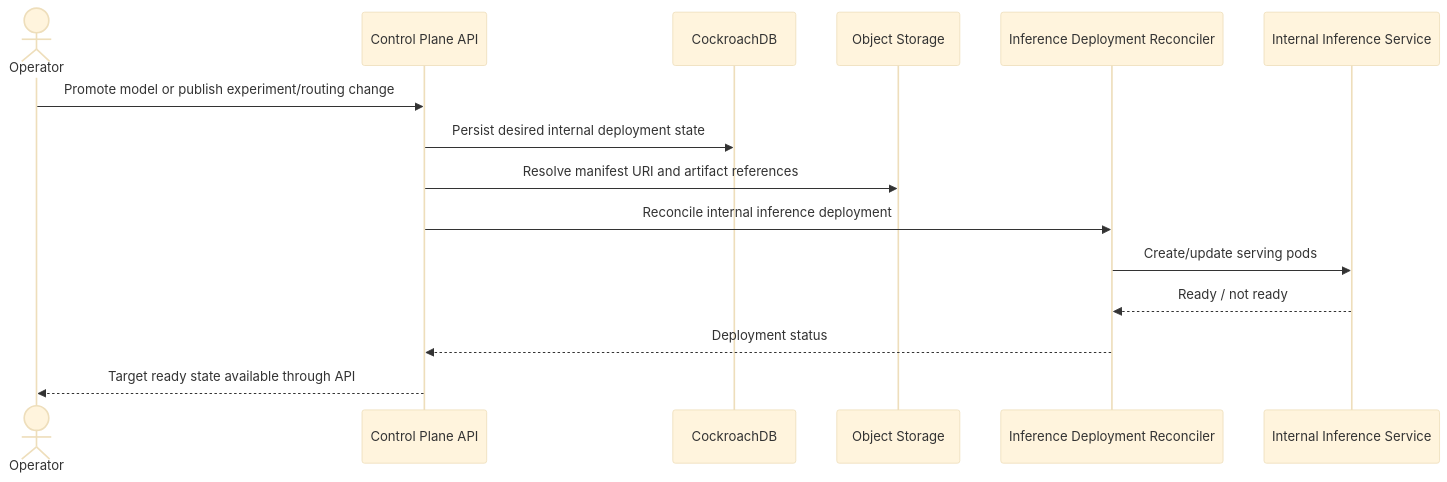
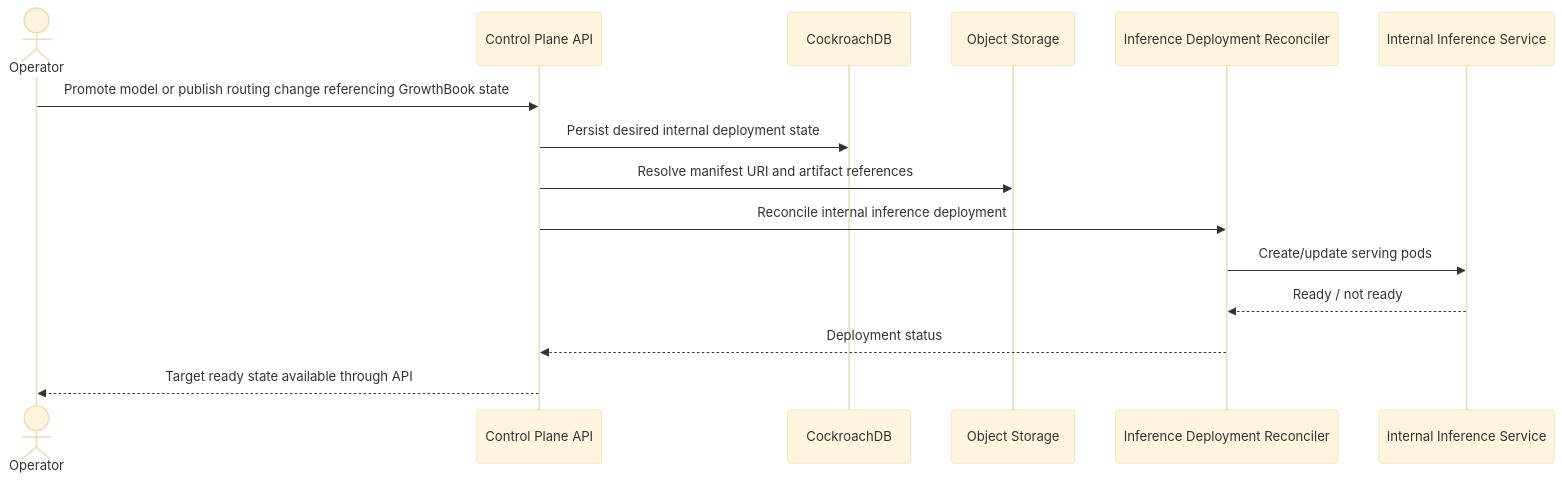
The third of 5 diagrams in README.md (brandon-benge/example-model-routing), drawn with Mermaid (base theme) before and after one commit. The commit also changed other lines of this file and 6 other files, not shown here.

````diff
--- a/README.md
+++ b/README.md
@@ -102,18 +106,18 @@
 ```mermaid
 sequenceDiagram
     actor Operator
     participant API as Control Plane API
     participant DB as CockroachDB
     participant Obj as Object Storage
     participant Reconciler as Inference Deployment Reconciler
     participant Internal as Internal Inference Service
 
-    Operator->>API: Promote model or publish experiment/routing change
+    Operator->>API: Promote model or publish routing change referencing GrowthBook state
     API->>DB: Persist desired internal deployment state
     API->>Obj: Resolve manifest URI and artifact references
     API->>Reconciler: Reconcile internal inference deployment
     Reconciler->>Internal: Create/update serving pods
     Internal-->>Reconciler: Ready / not ready
     Reconciler-->>API: Deployment status
     API-->>Operator: Target ready state available through API
 ```
````
